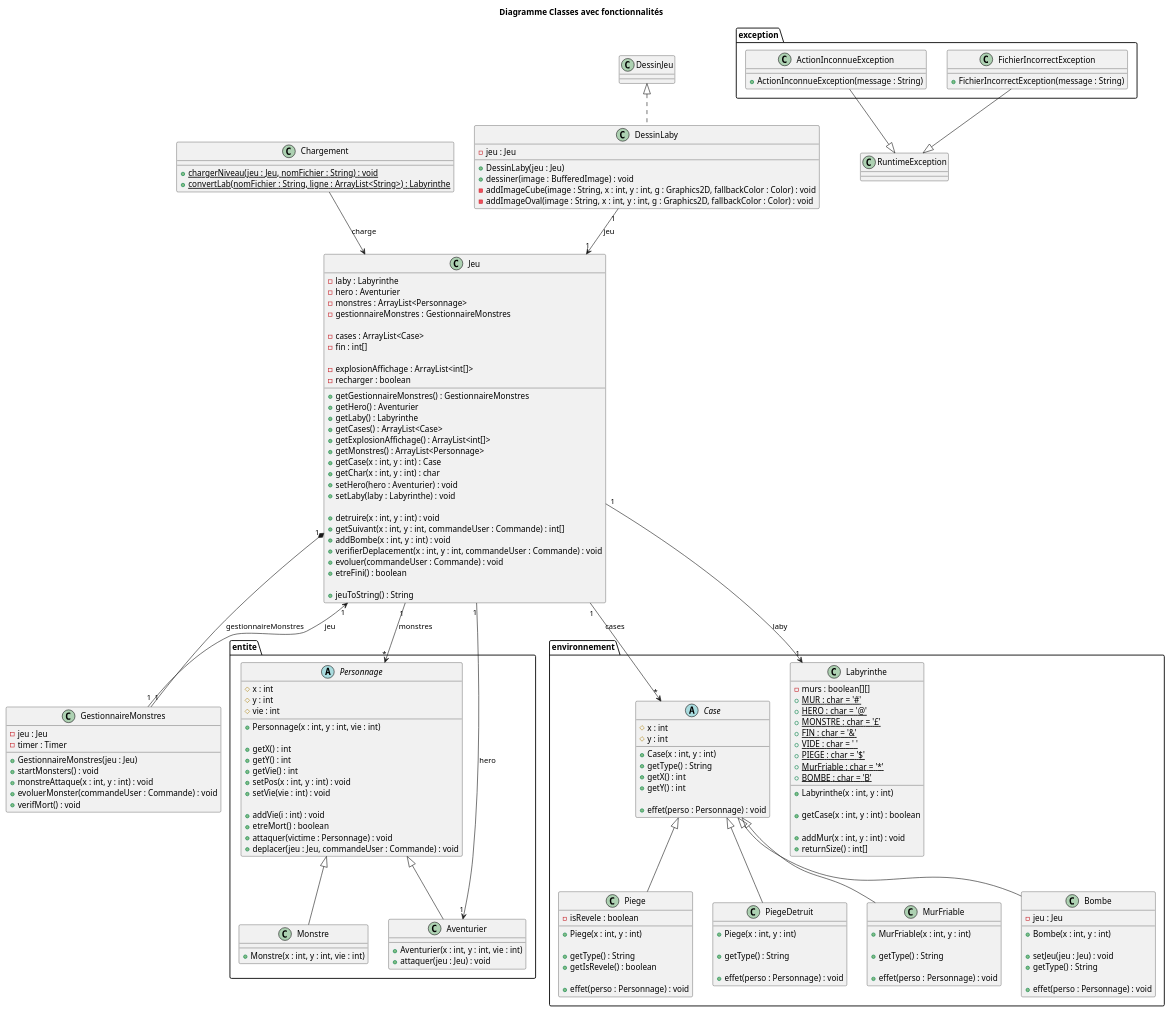
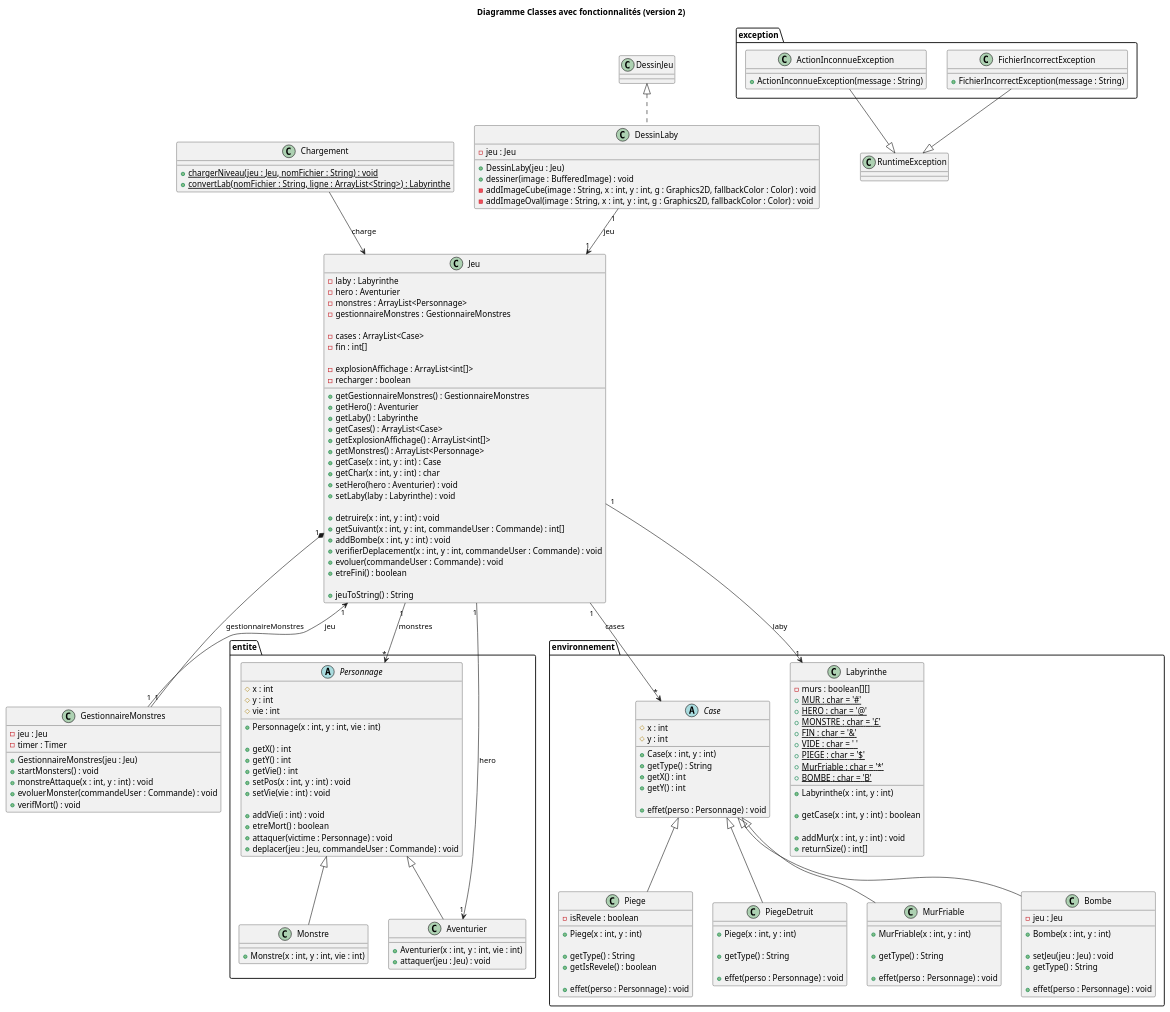
The diagram in documents/version_2/Diagramme Classes avec fonctionnalités.puml (lucas-martinati-pro/SAE_S2.01_Zeldiablo-LucasM_JeanLM_PierreGSV), drawn with PlantUML before and after one commit. The commit also changed 5 other files, not shown here.

Commit message:
rename Diagramme

```diff
--- a/documents/version_2/Diagramme Classes avec fonctionnalités.puml
+++ b/documents/version_2/Diagramme Classes avec fonctionnalités.puml
@@ -1,5 +1,5 @@
 @startuml
-title Diagramme Classes avec fonctionnalités
+title Diagramme Classes avec fonctionnalités (version 2)
 
 class "Jeu" {
     - laby : Labyrinthe
```
